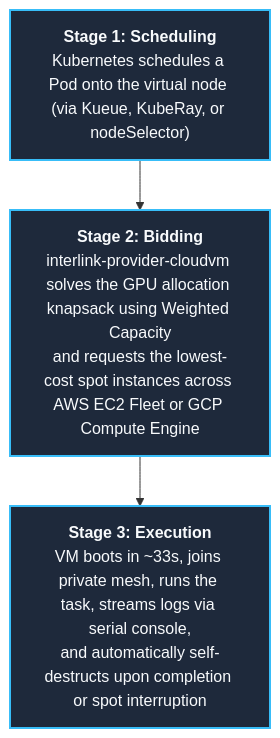
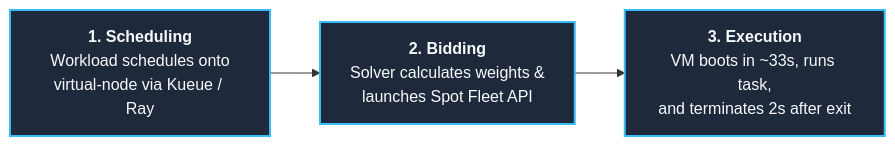
The second of 6 diagrams in readme.md (simonepri/interlink-cloudvm-plugin), drawn with Mermaid before and after one commit.

Commit message:
docs: make Section 2 flowchart horizontal and compact

````diff
--- a/readme.md
+++ b/readme.md
@@ -78,11 +78,8 @@
 ```mermaid
-flowchart TD
+flowchart LR
     classDef stage fill:#1E293B,stroke:#38BDF8,stroke-width:2px,color:#F8FAFC
-    classDef desc fill:#0F172A,stroke:#64748B,stroke-width:1px,color:#E2E8F0
 
-    S1["<b>Stage 1: Scheduling</b><br>Kubernetes schedules a Pod onto the virtual node (via Kueue, KubeRay, or nodeSelector)"]:::stage
-    S2["<b>Stage 2: Bidding</b><br>interlink-provider-cloudvm solves the GPU allocation knapsack using Weighted Capacity<br>and requests the lowest-cost spot instances across AWS EC2 Fleet or GCP Compute Engine"]:::stage
-    S3["<b>Stage 3: Execution</b><br>VM boots in ~33s, joins private mesh, runs the task, streams logs via serial console,<br>and automatically self-destructs upon completion or spot interruption"]:::stage
-
-    S1 --> S2 --> S3
+    S1["<b>1. Scheduling</b><br>Workload schedules onto<br>virtual-node via Kueue / Ray"]:::stage
+    --> S2["<b>2. Bidding</b><br>Solver calculates weights &<br>launches Spot Fleet API"]:::stage
+    --> S3["<b>3. Execution</b><br>VM boots in ~33s, runs task,<br>and terminates 2s after exit"]:::stage
 ```
````
